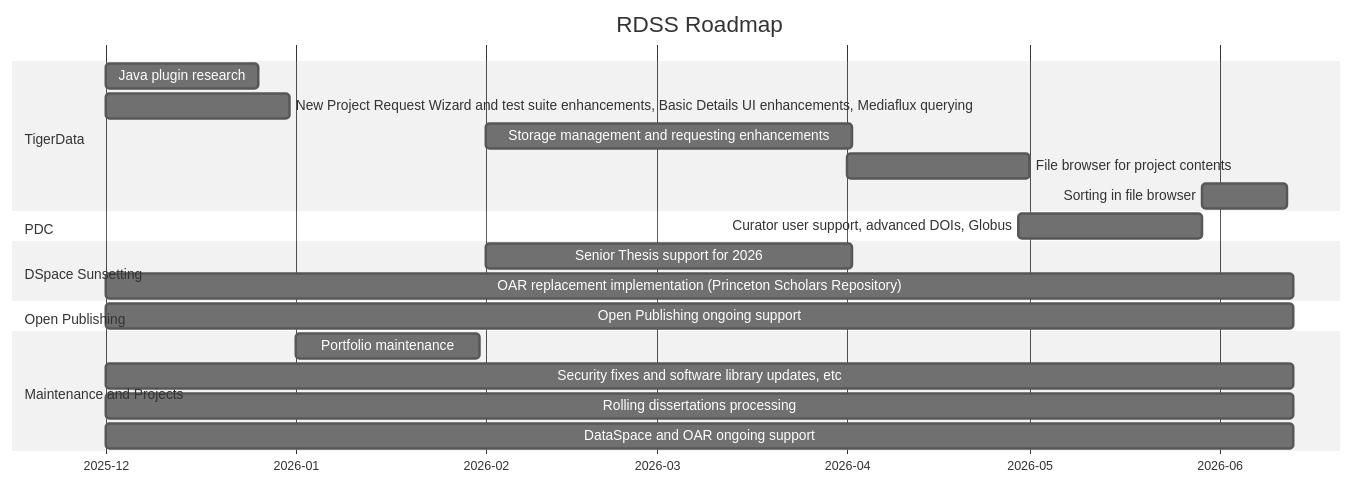
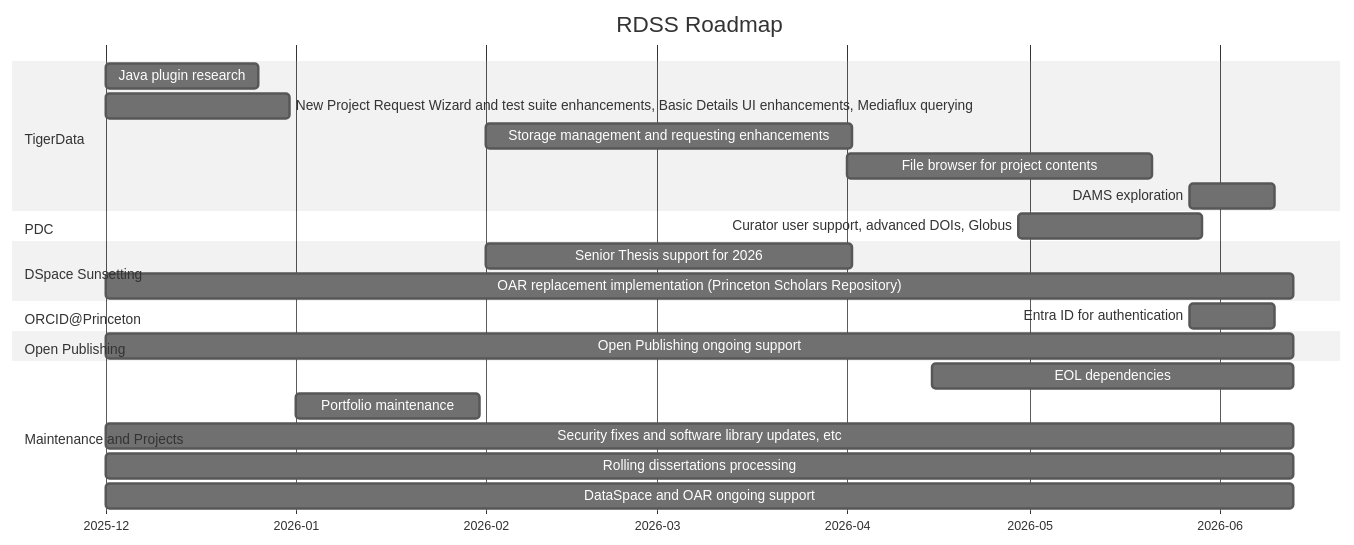
Before and after one commit to pulibrary/rdss-handbook: the diagram in roadmap.md, drawn with Mermaid (neutral theme).

Commit message:
Updating roadmap for May/June (#362)

````diff
--- a/roadmap.md
+++ b/roadmap.md
@@ -5,28 +5,32 @@
 ```mermaid
 gantt
     title RDSS Roadmap
     axisFormat  %Y-%m
     dateformat YYYY-MM
-    
+
     section TigerData
     Java plugin research: td8, 2025-12-01, 25d
     New Project Request Wizard and test suite enhancements, Basic Details UI enhancements, Mediaflux querying: td7, 2025-12-01,30d
     Storage management and requesting enhancements: 2026-02-01, 60d
-    File browser for project contents: 2026-04-01, 30d
-    Sorting in file browser: 2026-05-29, 14d
+    File browser for project contents: 2026-04-01, 50d
+    DAMS exploration: 2026-05-27, 14d
 
     section PDC
     Curator user support, advanced DOIs, Globus: pdc1, 2026-04-29, 30d
     section DSpace Sunsetting
     Senior Thesis support for 2026: dsp3, 2026-02-01, 60d
     OAR replacement implementation (Princeton Scholars Repository): dsps5, 2025-12-01, 194d
-    
+
+    section ORCID@Princeton
+    Entra ID for authentication: orc1,2026-05-27, 14d
+
     section Open Publishing
     Open Publishing ongoing support: dsp3,2025-12-01, 194d
-    
+
     section Maintenance and Projects
+    EOL dependencies: 2026-04-15,59d
     Portfolio maintenance: 2026-01-01, 30d
     Security fixes and software library updates, etc: dsp1,2025-12-01,194d
     Rolling dissertations processing: dsp2,2025-12-01,194d
     DataSpace and OAR ongoing support: dsp3,2025-12-01,194d
 ```
````
